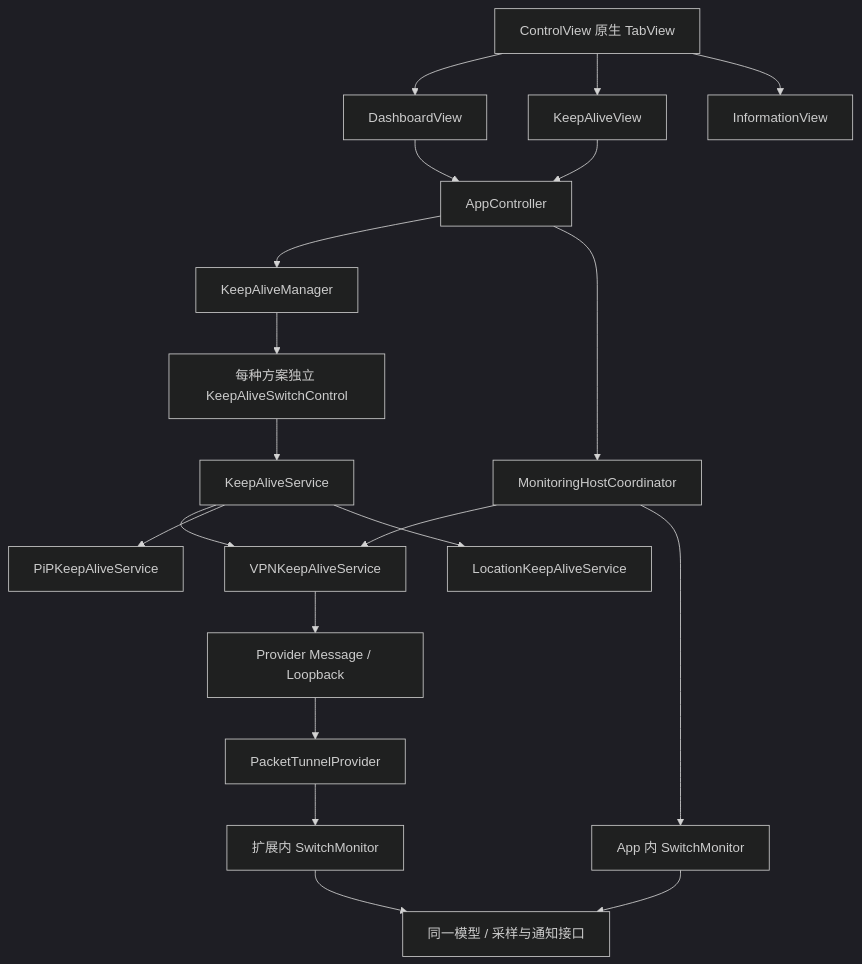
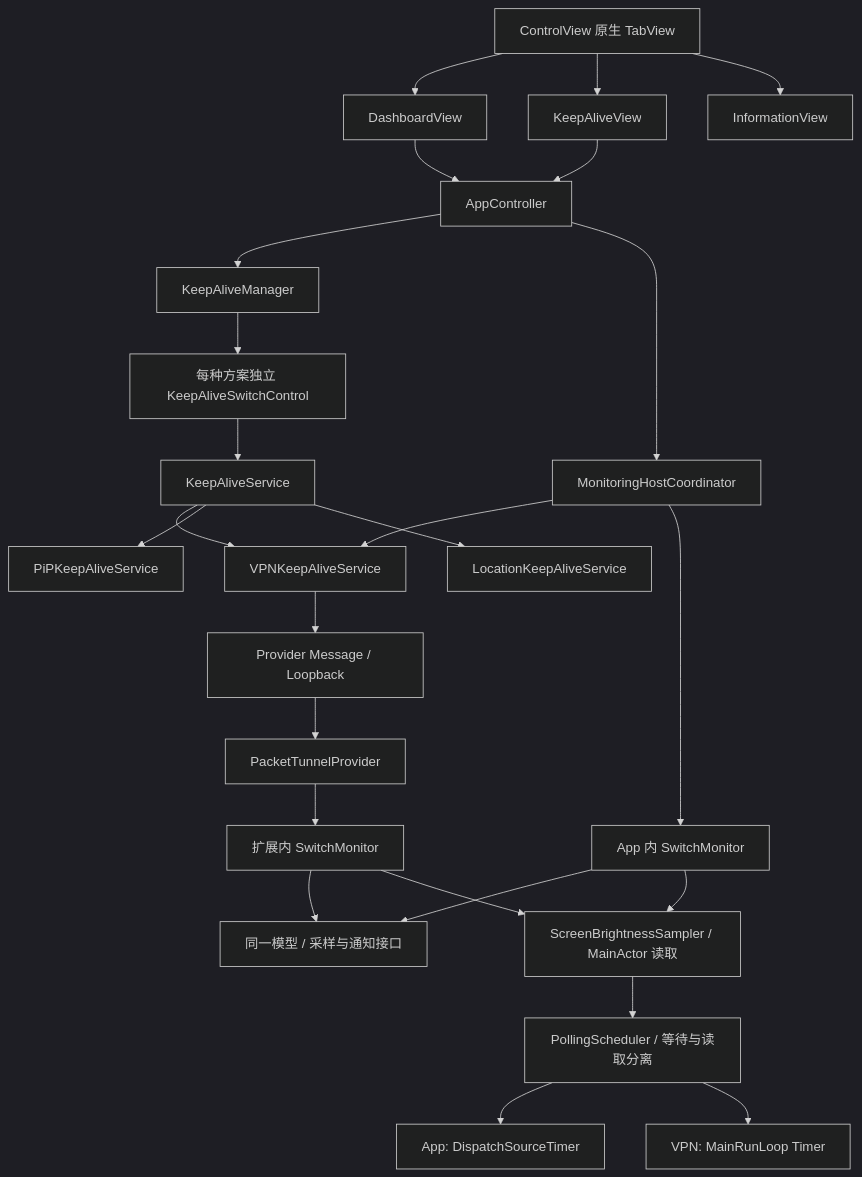
The diagram in docs/ARCHITECTURE.md (CodeBH0/AutoDarkShift), drawn with Mermaid (dark theme) before and after one commit. The commit also changed other lines of this file and 17 other files, not shown here.

````diff
--- a/docs/ARCHITECTURE.md
+++ b/docs/ARCHITECTURE.md
@@ -7,22 +7,27 @@
 ```mermaid
 flowchart TD
     Tabs[ControlView 原生 TabView] --> Dashboard[DashboardView]
     Tabs --> KeepAliveView
     Tabs --> InformationView
     Dashboard --> AppController
     KeepAliveView --> AppController
     AppController --> Manager[KeepAliveManager]
     Manager --> Toggle[每种方案独立 KeepAliveSwitchControl]
     Toggle --> Contract[KeepAliveService]
     Contract --> VPN[VPNKeepAliveService]
     Contract --> PiP[PiPKeepAliveService]
     Contract --> Location[LocationKeepAliveService]
     AppController --> Host[MonitoringHostCoordinator]
     Host --> VPN
     Host --> Local[App 内 SwitchMonitor]
     VPN --> IPC[Provider Message / Loopback]
     IPC --> Provider[PacketTunnelProvider]
     Provider --> Remote[扩展内 SwitchMonitor]
     Local --> Core[同一模型 / 采样与通知接口]
     Remote --> Core
+    Local --> Sampler[ScreenBrightnessSampler / MainActor 读取]
+    Remote --> Sampler
+    Sampler --> Scheduler[PollingScheduler / 等待与读取分离]
+    Scheduler --> Dispatch[App: DispatchSourceTimer]
+    Scheduler --> RunLoop[VPN: MainRunLoop Timer]
 ```
````
